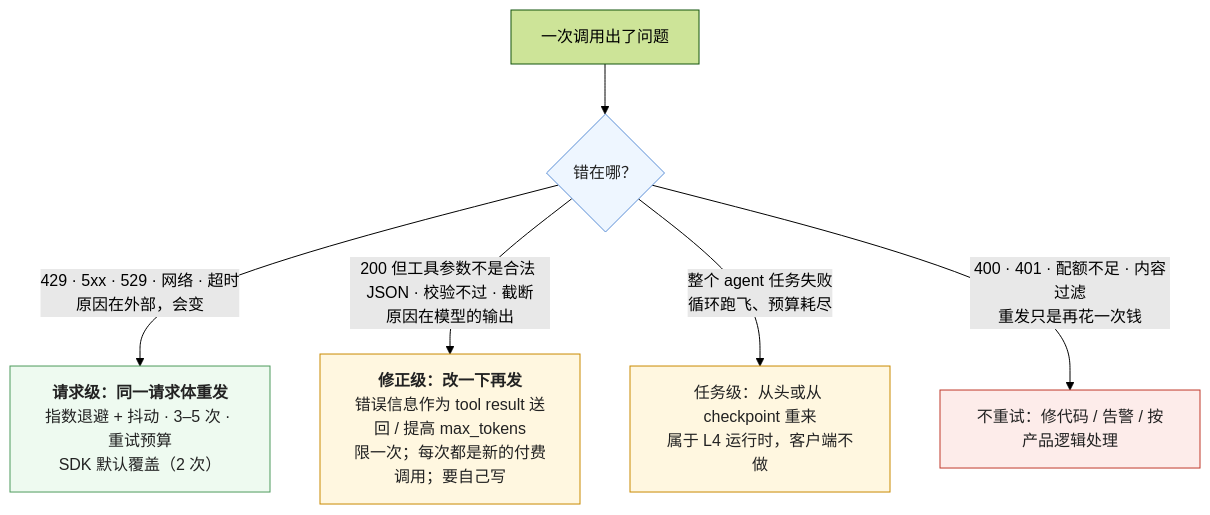
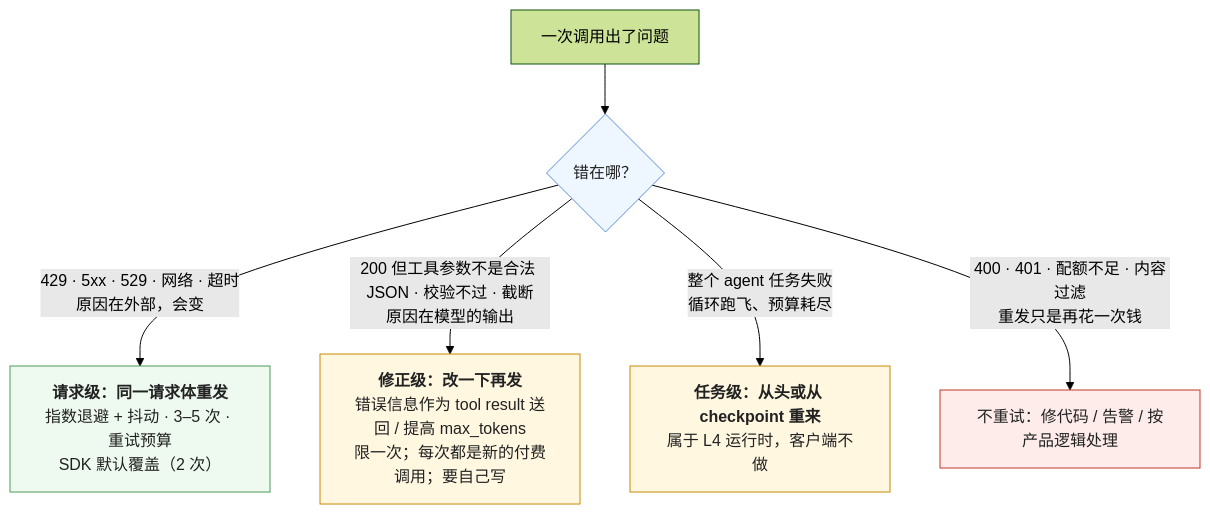
Before and after one commit to arganzheng/arganzheng.github.com: the third of 6 diagrams in _posts/2026-10-04-llm-client-engineering-retries-timeouts-streaming-and-rate-limits.md, drawn with Mermaid (forest theme). The commit also changed other lines of this file and 8 other files, not shown here.

````diff
--- a/_posts/2026-10-04-llm-client-engineering-retries-timeouts-streaming-and-rate-limits.md
+++ b/_posts/2026-10-04-llm-client-engineering-retries-timeouts-streaming-and-rate-limits.md
@@ -127,17 +150,17 @@
 ```mermaid
 %% 图：重试的三个层次各归谁管——请求级（原样重发，SDK 默认做）、修正级（把错误信息送回让模型改一次，模型 API 特有，要自己写）、任务级（agent 任务从 checkpoint 重来，属于 L4 运行时）
 flowchart TB
     E["一次调用出了问题"] --> C{"错在哪？"}
     C -->|"429 · 5xx · 529 · 网络 · 超时<br/>原因在外部，会变"| R1["<b>请求级：同一请求体重发</b><br/>指数退避 + 抖动 · 3–5 次 · 重试预算<br/>SDK 默认覆盖（2 次）"]
     C -->|"200 但工具参数不是合法 JSON · 校验不过 · 截断<br/>原因在模型的输出"| R2["<b>修正级：改一下再发</b><br/>错误信息作为 tool result 送回 / 提高 max_tokens<br/>限一次；每次都是新的付费调用；要自己写"]
-    C -->|"整个 agent 任务失败<br/>循环跑飞、预算耗尽"| R3["任务级：从头或从 checkpoint 重来<br/>属于 L4 运行时，客户端不做"]
+    C -->|"整个 agent 任务失败<br/>循环跑飞、预算耗尽"| R3["<b>任务级：从头或从 checkpoint 重来</b><br/>属于 L4 运行时，客户端不做"]
     C -->|"400 · 401 · 配额不足 · 内容过滤<br/>重发只是再花一次钱"| R0["不重试：修代码 / 告警 / 按产品逻辑处理"]
     classDef dec fill:#eef6ff,stroke:#5b8fd6,color:#222
     classDef ok fill:#eefaf0,stroke:#4d9a5c,color:#222
     classDef n fill:#fff7e0,stroke:#c98a00,color:#222
     classDef bad fill:#fdecea,stroke:#c0392b,color:#222
     class C dec
     class R1 ok
     class R2,R3 n
     class R0 bad
 ```
````
